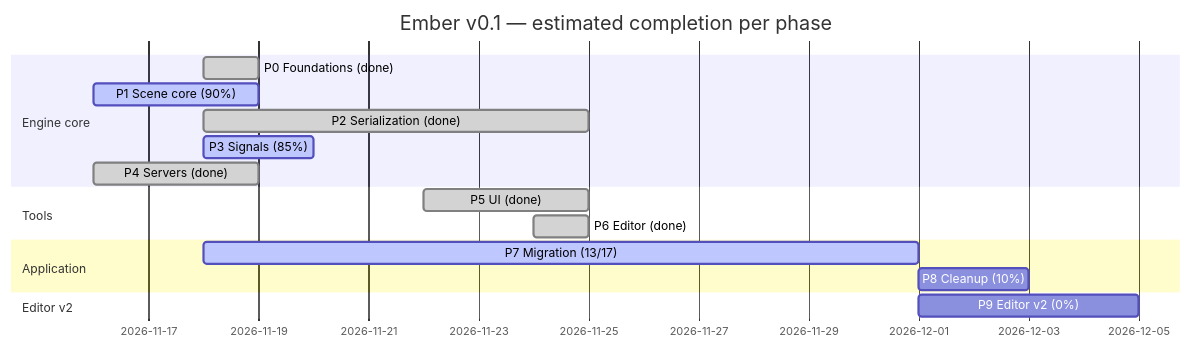
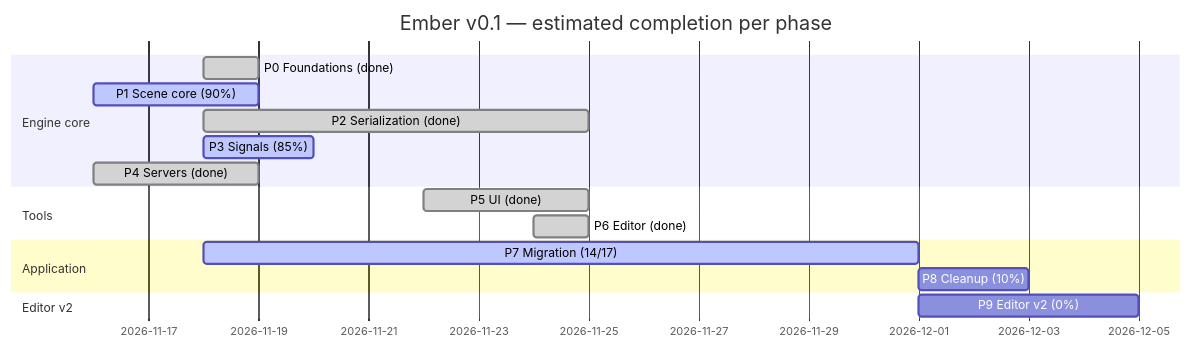
One commit to titouanthd/ember changed the diagram in ember-vault/60 Progress/Roadmap Tracker.md. Above: the diagram before and after it, drawn with Mermaid. The commit also changed other lines of this file and 9 other files, not shown here.

````diff
--- a/ember-vault/60 Progress/Roadmap Tracker.md
+++ b/ember-vault/60 Progress/Roadmap Tracker.md
@@ -11,19 +11,19 @@
 ```mermaid
 gantt
   dateFormat YYYY-MM-DD
   title Ember v0.1 — estimated completion per phase
   section Engine core
   P0 Foundations (done)  :done, p0, 2026-11-18, 1d
   P1 Scene core (90%)    :active, p1, 2026-11-16, 3d
   P2 Serialization (done):done, p2, 2026-11-18, 7d
   P3 Signals (85%)       :active, p3, 2026-11-18, 2d
   P4 Servers (done)      :done, p4, 2026-11-16, 3d
   section Tools
   P5 UI (done)           :done, p5, 2026-11-22, 3d
   P6 Editor (done)       :done, p6, 2026-11-24, 1d
   section Application
-  P7 Migration (13/17)    :active, p7, 2026-11-18, 13d
+  P7 Migration (14/17)    :active, p7, 2026-11-18, 13d
   P8 Cleanup (10%)       :p8, after p7, 2d
   section Editor v2
   P9 Editor v2 (0%)      :p9, after p7, 4d
 ```
````
